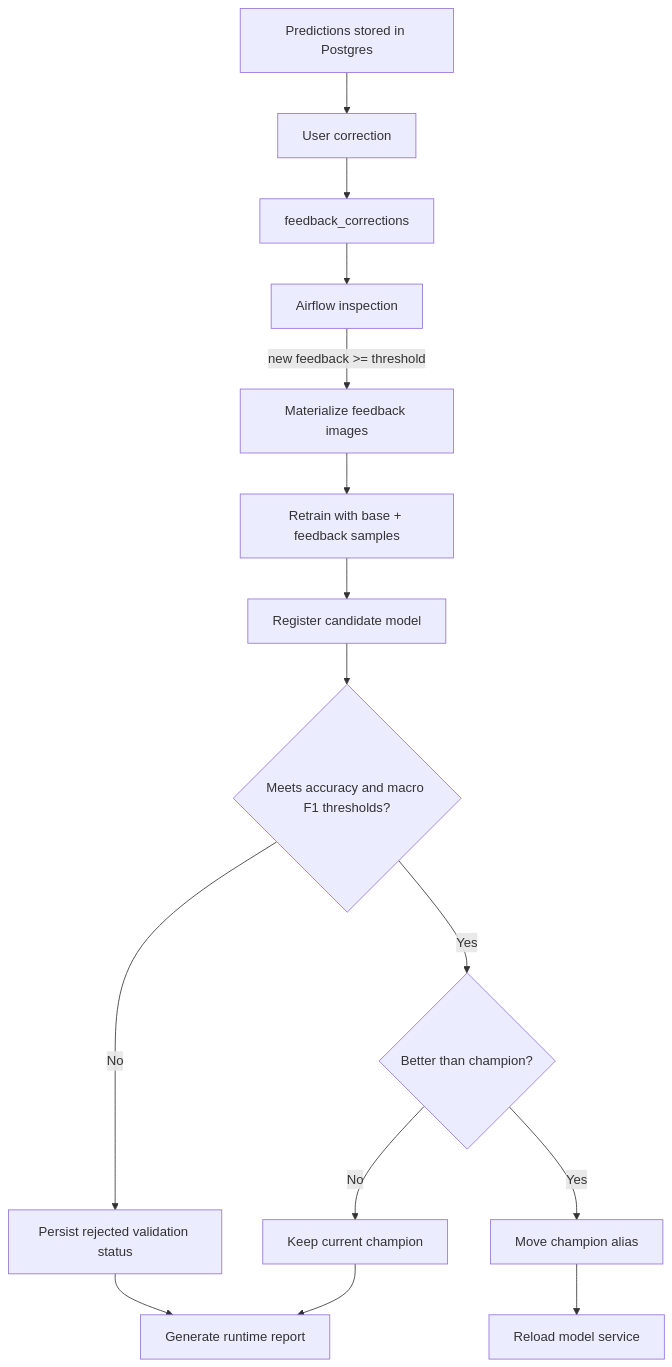
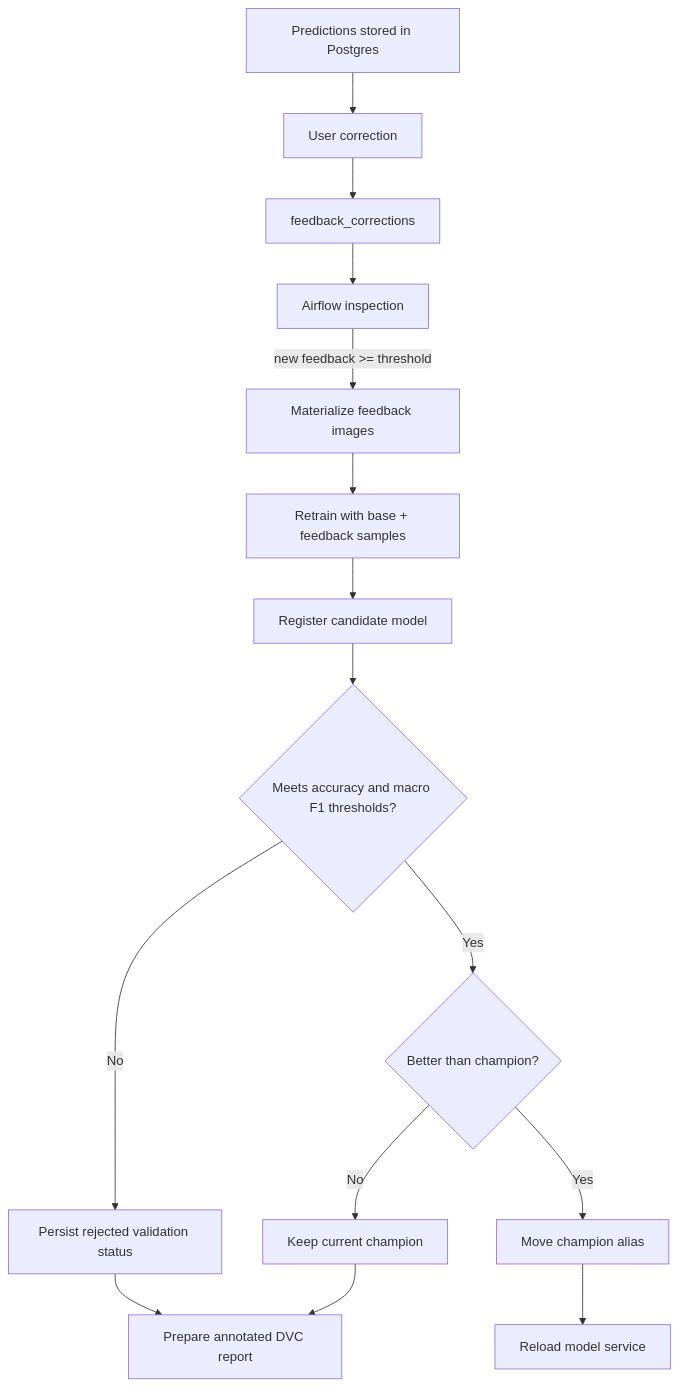
The fourth of 6 diagrams in docs/01_ARCHITECTURE.md (swadeshbalajee/galaxy_morphology_fp), drawn with Mermaid before and after one commit. The commit also changed other lines of this file and 11 other files, not shown here.

````diff
--- a/docs/01_ARCHITECTURE.md
+++ b/docs/01_ARCHITECTURE.md
@@ -109,17 +109,17 @@
 ```mermaid
 flowchart TD
   Predict[Predictions stored in Postgres] --> Correct[User correction]
   Correct --> Feedback[feedback_corrections]
   Feedback --> AirflowCheck[Airflow inspection]
   AirflowCheck -->|new feedback >= threshold| Materialize[Materialize feedback images]
   Materialize --> Train[Retrain with base + feedback samples]
   Train --> Register[Register candidate model]
   Register --> Validate{Meets accuracy and macro F1 thresholds?}
   Validate -->|No| Reject[Persist rejected validation status]
   Validate -->|Yes| Compare{Better than champion?}
   Compare -->|Yes| Promote[Move champion alias]
   Compare -->|No| Keep[Keep current champion]
   Promote --> Reload[Reload model service]
-  Reject --> RuntimeReport[Generate runtime report]
-  Keep --> RuntimeReport[Generate runtime report]
+  Reject --> RuntimeReport[Prepare annotated DVC report]
+  Keep --> RuntimeReport[Prepare annotated DVC report]
 ```
````
